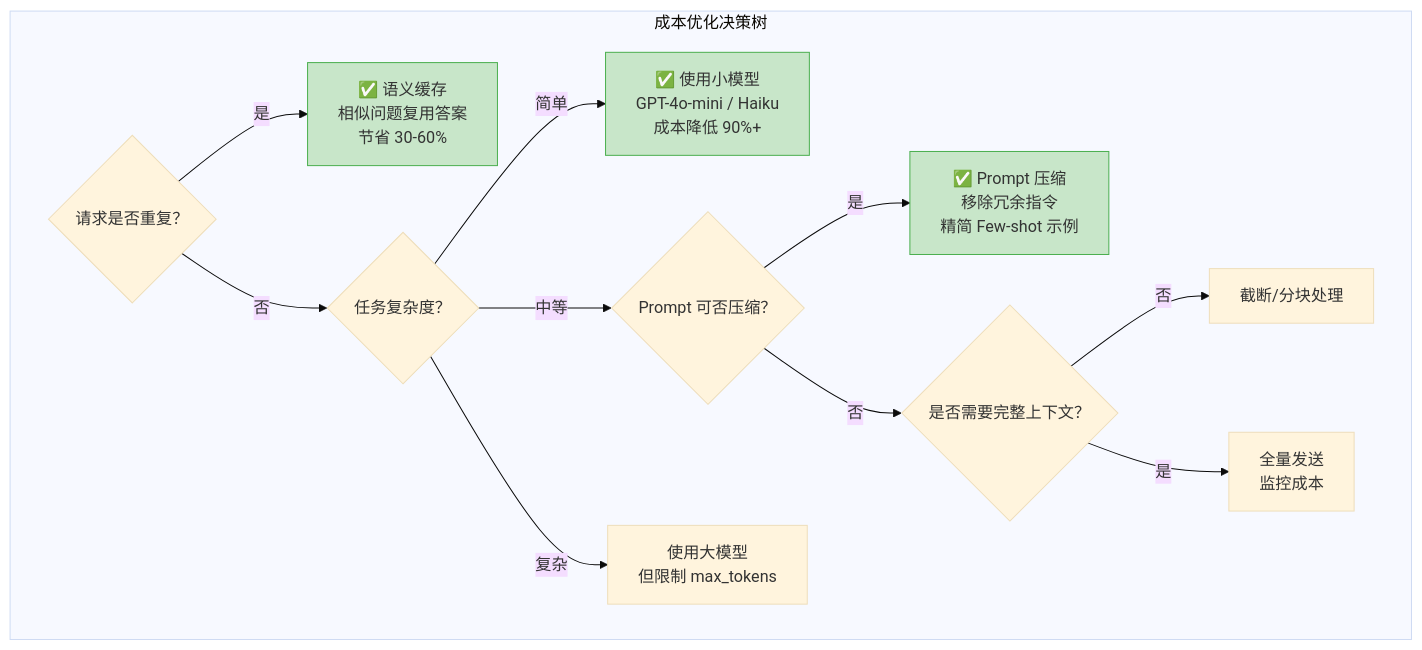
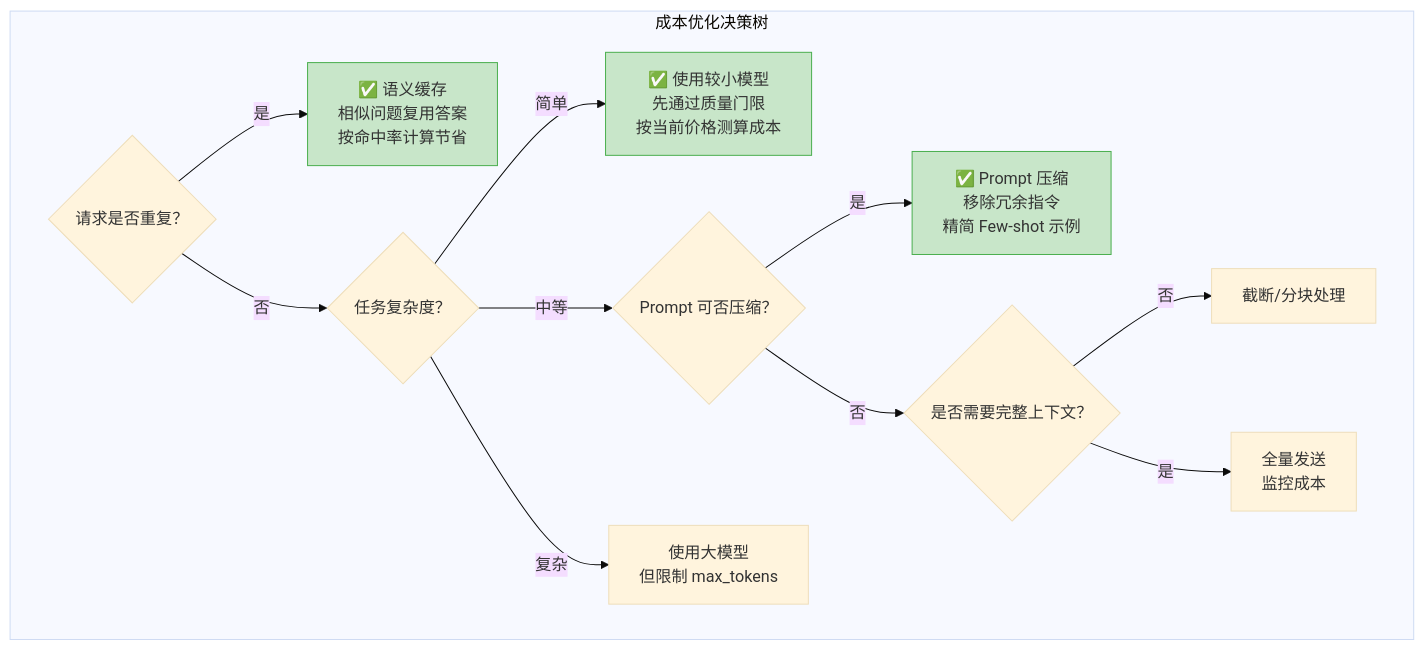
One commit to BeefWrap4/LLM-Knowledge-Base changed the seventh of 11 diagrams in 20_LLMOps与模型可观测性.md. Above: the diagram before and after it, drawn with Mermaid (base theme). The commit also changed other lines of this file and 454 other files, not shown here.

````diff
--- a/20_LLMOps与模型可观测性.md
+++ b/20_LLMOps与模型可观测性.md
@@ -1498,22 +1297,22 @@
 ```mermaid
 graph TD
     subgraph "成本优化决策树"
         Q1{"请求是否重复？"}
-        Q1 -->|是| CACHE["✅ 语义缓存<br/>相似问题复用答案<br/>节省 30-60%"]
+        Q1 -->|是| CACHE["✅ 语义缓存<br/>相似问题复用答案<br/>按命中率计算节省"]
         Q1 -->|否| Q2{"任务复杂度？"}
         
-        Q2 -->|简单| SMALL["✅ 使用小模型<br/>GPT-4o-mini / Haiku<br/>成本降低 90%+"]
+        Q2 -->|简单| SMALL["✅ 使用较小模型<br/>先通过质量门限<br/>按当前价格测算成本"]
         Q2 -->|中等| Q3{"Prompt 可否压缩？"}
         Q2 -->|复杂| BIG["使用大模型<br/>但限制 max_tokens"]
         
         Q3 -->|是| COMPRESS["✅ Prompt 压缩<br/>移除冗余指令<br/>精简 Few-shot 示例"]
         Q3 -->|否| Q4{"是否需要完整上下文？"}
         
         Q4 -->|否| TRUNCATE["截断/分块处理"]
         Q4 -->|是| FULL["全量发送<br/>监控成本"]
     end
     
     style CACHE fill:#c8e6c9,stroke:#4caf50
     style SMALL fill:#c8e6c9,stroke:#4caf50
     style COMPRESS fill:#c8e6c9,stroke:#4caf50
 ```
````
